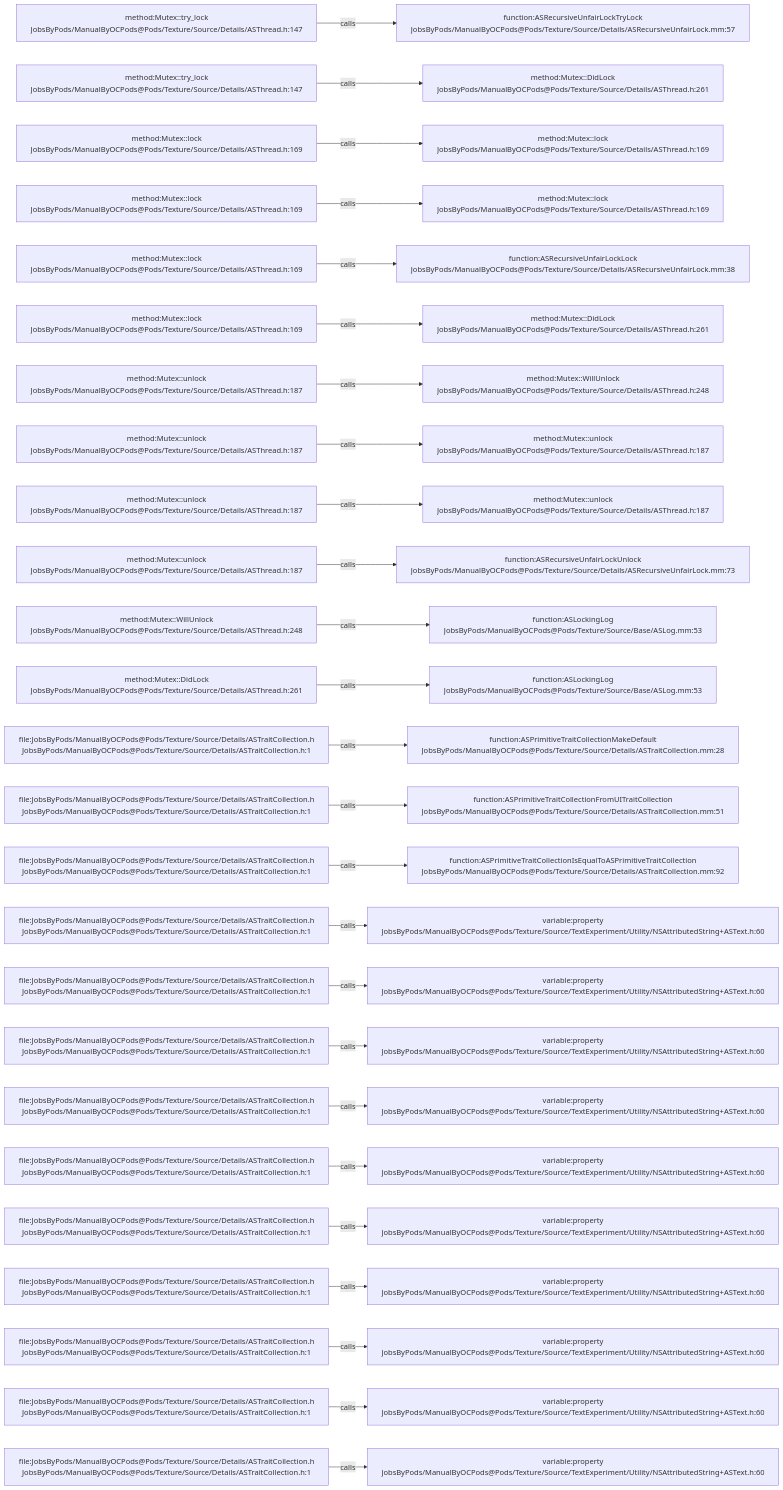
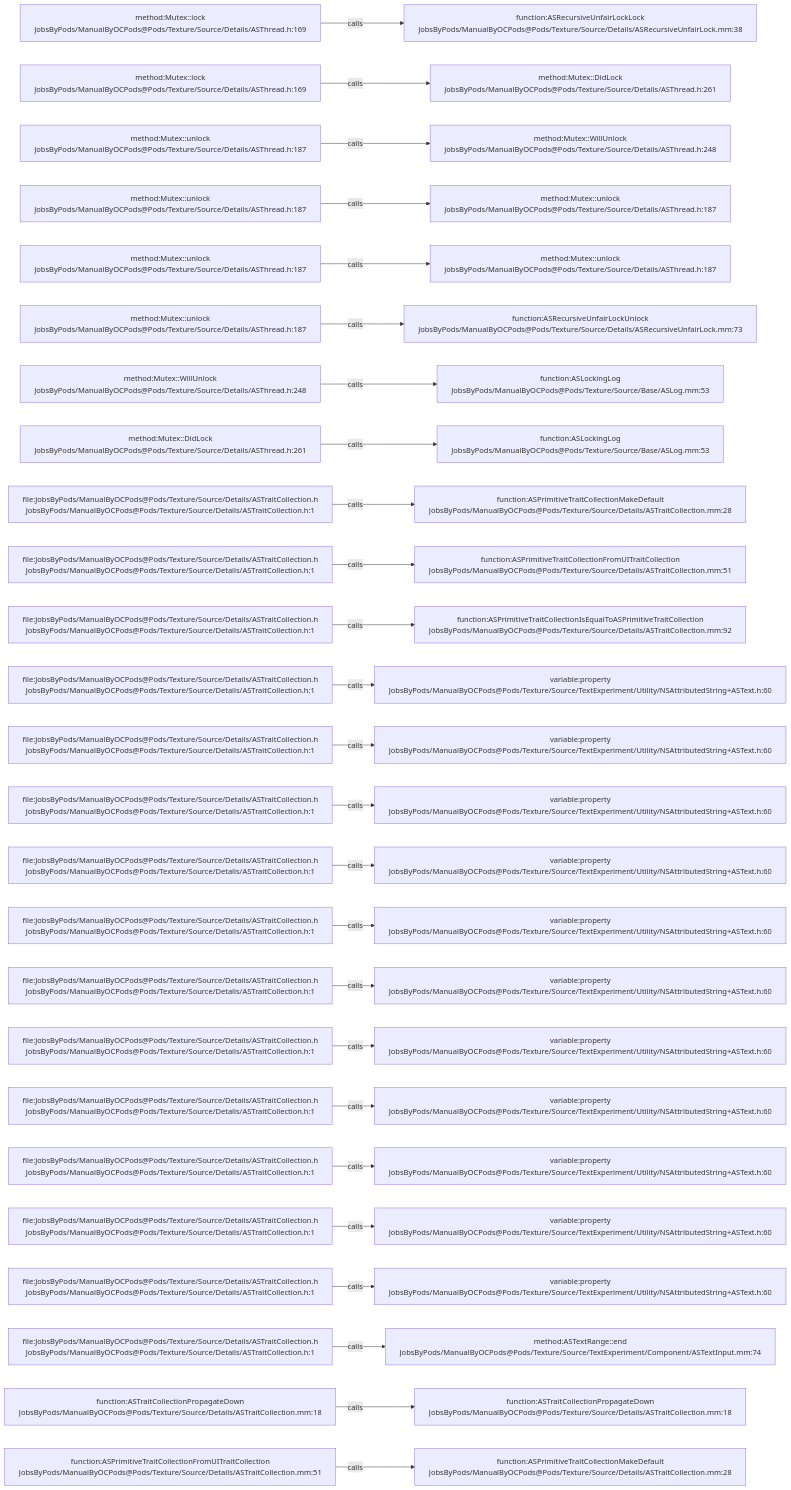
Before and after one commit to JobsKits/JobsOCBaseConfigDemo: the diagram in .codegraph/codegraph.md/graphs/calls-164.md, drawn with Mermaid. The commit also changed 727 other files, not shown here.

````diff
--- a/.codegraph/codegraph.md/graphs/calls-164.md
+++ b/.codegraph/codegraph.md/graphs/calls-164.md
@@ -13,78 +13,78 @@
 ```mermaid
 flowchart LR
-  S1["method:Mutex::try_lock<br/>JobsByPods/ManualByOCPods@Pods/Texture/Source/Details/ASThread.h:147"]
-  T1["function:ASRecursiveUnfairLockTryLock<br/>JobsByPods/ManualByOCPods@Pods/Texture/Source/Details/ASRecursiveUnfairLock.mm:57"]
+  S1["method:Mutex::lock<br/>JobsByPods/ManualByOCPods@Pods/Texture/Source/Details/ASThread.h:169"]
+  T1["function:ASRecursiveUnfairLockLock<br/>JobsByPods/ManualByOCPods@Pods/Texture/Source/Details/ASRecursiveUnfairLock.mm:38"]
   S1 -->|calls| T1
-  S2["method:Mutex::try_lock<br/>JobsByPods/ManualByOCPods@Pods/Texture/Source/Details/ASThread.h:147"]
+  S2["method:Mutex::lock<br/>JobsByPods/ManualByOCPods@Pods/Texture/Source/Details/ASThread.h:169"]
   T2["method:Mutex::DidLock<br/>JobsByPods/ManualByOCPods@Pods/Texture/Source/Details/ASThread.h:261"]
   S2 -->|calls| T2
-  S3["method:Mutex::lock<br/>JobsByPods/ManualByOCPods@Pods/Texture/Source/Details/ASThread.h:169"]
-  T3["method:Mutex::lock<br/>JobsByPods/ManualByOCPods@Pods/Texture/Source/Details/ASThread.h:169"]
+  S3["method:Mutex::unlock<br/>JobsByPods/ManualByOCPods@Pods/Texture/Source/Details/ASThread.h:187"]
+  T3["method:Mutex::WillUnlock<br/>JobsByPods/ManualByOCPods@Pods/Texture/Source/Details/ASThread.h:248"]
   S3 -->|calls| T3
-  S4["method:Mutex::lock<br/>JobsByPods/ManualByOCPods@Pods/Texture/Source/Details/ASThread.h:169"]
-  T4["method:Mutex::lock<br/>JobsByPods/ManualByOCPods@Pods/Texture/Source/Details/ASThread.h:169"]
+  S4["method:Mutex::unlock<br/>JobsByPods/ManualByOCPods@Pods/Texture/Source/Details/ASThread.h:187"]
+  T4["method:Mutex::unlock<br/>JobsByPods/ManualByOCPods@Pods/Texture/Source/Details/ASThread.h:187"]
   S4 -->|calls| T4
-  S5["method:Mutex::lock<br/>JobsByPods/ManualByOCPods@Pods/Texture/Source/Details/ASThread.h:169"]
-  T5["function:ASRecursiveUnfairLockLock<br/>JobsByPods/ManualByOCPods@Pods/Texture/Source/Details/ASRecursiveUnfairLock.mm:38"]
+  S5["method:Mutex::unlock<br/>JobsByPods/ManualByOCPods@Pods/Texture/Source/Details/ASThread.h:187"]
+  T5["method:Mutex::unlock<br/>JobsByPods/ManualByOCPods@Pods/Texture/Source/Details/ASThread.h:187"]
   S5 -->|calls| T5
-  S6["method:Mutex::lock<br/>JobsByPods/ManualByOCPods@Pods/Texture/Source/Details/ASThread.h:169"]
-  T6["method:Mutex::DidLock<br/>JobsByPods/ManualByOCPods@Pods/Texture/Source/Details/ASThread.h:261"]
+  S6["method:Mutex::unlock<br/>JobsByPods/ManualByOCPods@Pods/Texture/Source/Details/ASThread.h:187"]
+  T6["function:ASRecursiveUnfairLockUnlock<br/>JobsByPods/ManualByOCPods@Pods/Texture/Source/Details/ASRecursiveUnfairLock.mm:73"]
   S6 -->|calls| T6
-  S7["method:Mutex::unlock<br/>JobsByPods/ManualByOCPods@Pods/Texture/Source/Details/ASThread.h:187"]
-  T7["method:Mutex::WillUnlock<br/>JobsByPods/ManualByOCPods@Pods/Texture/Source/Details/ASThread.h:248"]
+  S7["method:Mutex::WillUnlock<br/>JobsByPods/ManualByOCPods@Pods/Texture/Source/Details/ASThread.h:248"]
+  T7["function:ASLockingLog<br/>JobsByPods/ManualByOCPods@Pods/Texture/Source/Base/ASLog.mm:53"]
   S7 -->|calls| T7
-  S8["method:Mutex::unlock<br/>JobsByPods/ManualByOCPods@Pods/Texture/Source/Details/ASThread.h:187"]
-  T8["method:Mutex::unlock<br/>JobsByPods/ManualByOCPods@Pods/Texture/Source/Details/ASThread.h:187"]
+  S8["method:Mutex::DidLock<br/>JobsByPods/ManualByOCPods@Pods/Texture/Source/Details/ASThread.h:261"]
+  T8["function:ASLockingLog<br/>JobsByPods/ManualByOCPods@Pods/Texture/Source/Base/ASLog.mm:53"]
   S8 -->|calls| T8
-  S9["method:Mutex::unlock<br/>JobsByPods/ManualByOCPods@Pods/Texture/Source/Details/ASThread.h:187"]
-  T9["method:Mutex::unlock<br/>JobsByPods/ManualByOCPods@Pods/Texture/Source/Details/ASThread.h:187"]
+  S9["file:JobsByPods/ManualByOCPods@Pods/Texture/Source/Details/ASTraitCollection.h<br/>JobsByPods/ManualByOCPods@Pods/Texture/Source/Details/ASTraitCollection.h:1"]
+  T9["function:ASPrimitiveTraitCollectionMakeDefault<br/>JobsByPods/ManualByOCPods@Pods/Texture/Source/Details/ASTraitCollection.mm:28"]
   S9 -->|calls| T9
-  S10["method:Mutex::unlock<br/>JobsByPods/ManualByOCPods@Pods/Texture/Source/Details/ASThread.h:187"]
-  T10["function:ASRecursiveUnfairLockUnlock<br/>JobsByPods/ManualByOCPods@Pods/Texture/Source/Details/ASRecursiveUnfairLock.mm:73"]
+  S10["file:JobsByPods/ManualByOCPods@Pods/Texture/Source/Details/ASTraitCollection.h<br/>JobsByPods/ManualByOCPods@Pods/Texture/Source/Details/ASTraitCollection.h:1"]
+  T10["function:ASPrimitiveTraitCollectionFromUITraitCollection<br/>JobsByPods/ManualByOCPods@Pods/Texture/Source/Details/ASTraitCollection.mm:51"]
   S10 -->|calls| T10
-  S11["method:Mutex::WillUnlock<br/>JobsByPods/ManualByOCPods@Pods/Texture/Source/Details/ASThread.h:248"]
-  T11["function:ASLockingLog<br/>JobsByPods/ManualByOCPods@Pods/Texture/Source/Base/ASLog.mm:53"]
+  S11["file:JobsByPods/ManualByOCPods@Pods/Texture/Source/Details/ASTraitCollection.h<br/>JobsByPods/ManualByOCPods@Pods/Texture/Source/Details/ASTraitCollection.h:1"]
+  T11["function:ASPrimitiveTraitCollectionIsEqualToASPrimitiveTraitCollection<br/>JobsByPods/ManualByOCPods@Pods/Texture/Source/Details/ASTraitCollection.mm:92"]
   S11 -->|calls| T11
-  S12["method:Mutex::DidLock<br/>JobsByPods/ManualByOCPods@Pods/Texture/Source/Details/ASThread.h:261"]
-  T12["function:ASLockingLog<br/>JobsByPods/ManualByOCPods@Pods/Texture/Source/Base/ASLog.mm:53"]
+  S12["file:JobsByPods/ManualByOCPods@Pods/Texture/Source/Details/ASTraitCollection.h<br/>JobsByPods/ManualByOCPods@Pods/Texture/Source/Details/ASTraitCollection.h:1"]
+  T12["variable:property<br/>JobsByPods/ManualByOCPods@Pods/Texture/Source/TextExperiment/Utility/NSAttributedString+ASText.h:60"]
   S12 -->|calls| T12
   S13["file:JobsByPods/ManualByOCPods@Pods/Texture/Source/Details/ASTraitCollection.h<br/>JobsByPods/ManualByOCPods@Pods/Texture/Source/Details/ASTraitCollection.h:1"]
-  T13["function:ASPrimitiveTraitCollectionMakeDefault<br/>JobsByPods/ManualByOCPods@Pods/Texture/Source/Details/ASTraitCollection.mm:28"]
+  T13["variable:property<br/>JobsByPods/ManualByOCPods@Pods/Texture/Source/TextExperiment/Utility/NSAttributedString+ASText.h:60"]
   S13 -->|calls| T13
   S14["file:JobsByPods/ManualByOCPods@Pods/Texture/Source/Details/ASTraitCollection.h<br/>JobsByPods/ManualByOCPods@Pods/Texture/Source/Details/ASTraitCollection.h:1"]
-  T14["function:ASPrimitiveTraitCollectionFromUITraitCollection<br/>JobsByPods/ManualByOCPods@Pods/Texture/Source/Details/ASTraitCollection.mm:51"]
+  T14["variable:property<br/>JobsByPods/ManualByOCPods@Pods/Texture/Source/TextExperiment/Utility/NSAttributedString+ASText.h:60"]
   S14 -->|calls| T14
   S15["file:JobsByPods/ManualByOCPods@Pods/Texture/Source/Details/ASTraitCollection.h<br/>JobsByPods/ManualByOCPods@Pods/Texture/Source/Details/ASTraitCollection.h:1"]
-  T15["function:ASPrimitiveTraitCollectionIsEqualToASPrimitiveTraitCollection<br/>JobsByPods/ManualByOCPods@Pods/Texture/Source/Details/ASTraitCollection.mm:92"]
+  T15["variable:property<br/>JobsByPods/ManualByOCPods@Pods/Texture/Source/TextExperiment/Utility/NSAttributedString+ASText.h:60"]
   S15 -->|calls| T15
   S16["file:JobsByPods/ManualByOCPods@Pods/Texture/Source/Details/ASTraitCollection.h<br/>JobsByPods/ManualByOCPods@Pods/Texture/Source/Details/ASTraitCollection.h:1"]
   T16["variable:property<br/>JobsByPods/ManualByOCPods@Pods/Texture/Source/TextExperiment/Utility/NSAttributedString+ASText.h:60"]
   S16 -->|calls| T16
   S17["file:JobsByPods/ManualByOCPods@Pods/Texture/Source/Details/ASTraitCollection.h<br/>JobsByPods/ManualByOCPods@Pods/Texture/Source/Details/ASTraitCollection.h:1"]
   T17["variable:property<br/>JobsByPods/ManualByOCPods@Pods/Texture/Source/TextExperiment/Utility/NSAttributedString+ASText.h:60"]
   S17 -->|calls| T17
   S18["file:JobsByPods/ManualByOCPods@Pods/Texture/Source/Details/ASTraitCollection.h<br/>JobsByPods/ManualByOCPods@Pods/Texture/Source/Details/ASTraitCollection.h:1"]
   T18["variable:property<br/>JobsByPods/ManualByOCPods@Pods/Texture/Source/TextExperiment/Utility/NSAttributedString+ASText.h:60"]
   S18 -->|calls| T18
   S19["file:JobsByPods/ManualByOCPods@Pods/Texture/Source/Details/ASTraitCollection.h<br/>JobsByPods/ManualByOCPods@Pods/Texture/Source/Details/ASTraitCollection.h:1"]
   T19["variable:property<br/>JobsByPods/ManualByOCPods@Pods/Texture/Source/TextExperiment/Utility/NSAttributedString+ASText.h:60"]
   S19 -->|calls| T19
   S20["file:JobsByPods/ManualByOCPods@Pods/Texture/Source/Details/ASTraitCollection.h<br/>JobsByPods/ManualByOCPods@Pods/Texture/Source/Details/ASTraitCollection.h:1"]
   T20["variable:property<br/>JobsByPods/ManualByOCPods@Pods/Texture/Source/TextExperiment/Utility/NSAttributedString+ASText.h:60"]
   S20 -->|calls| T20
   S21["file:JobsByPods/ManualByOCPods@Pods/Texture/Source/Details/ASTraitCollection.h<br/>JobsByPods/ManualByOCPods@Pods/Texture/Source/Details/ASTraitCollection.h:1"]
   T21["variable:property<br/>JobsByPods/ManualByOCPods@Pods/Texture/Source/TextExperiment/Utility/NSAttributedString+ASText.h:60"]
   S21 -->|calls| T21
   S22["file:JobsByPods/ManualByOCPods@Pods/Texture/Source/Details/ASTraitCollection.h<br/>JobsByPods/ManualByOCPods@Pods/Texture/Source/Details/ASTraitCollection.h:1"]
   T22["variable:property<br/>JobsByPods/ManualByOCPods@Pods/Texture/Source/TextExperiment/Utility/NSAttributedString+ASText.h:60"]
   S22 -->|calls| T22
   S23["file:JobsByPods/ManualByOCPods@Pods/Texture/Source/Details/ASTraitCollection.h<br/>JobsByPods/ManualByOCPods@Pods/Texture/Source/Details/ASTraitCollection.h:1"]
-  T23["variable:property<br/>JobsByPods/ManualByOCPods@Pods/Texture/Source/TextExperiment/Utility/NSAttributedString+ASText.h:60"]
+  T23["method:ASTextRange::end<br/>JobsByPods/ManualByOCPods@Pods/Texture/Source/TextExperiment/Component/ASTextInput.mm:74"]
   S23 -->|calls| T23
-  S24["file:JobsByPods/ManualByOCPods@Pods/Texture/Source/Details/ASTraitCollection.h<br/>JobsByPods/ManualByOCPods@Pods/Texture/Source/Details/ASTraitCollection.h:1"]
-  T24["variable:property<br/>JobsByPods/ManualByOCPods@Pods/Texture/Source/TextExperiment/Utility/NSAttributedString+ASText.h:60"]
+  S24["function:ASTraitCollectionPropagateDown<br/>JobsByPods/ManualByOCPods@Pods/Texture/Source/Details/ASTraitCollection.mm:18"]
+  T24["function:ASTraitCollectionPropagateDown<br/>JobsByPods/ManualByOCPods@Pods/Texture/Source/Details/ASTraitCollection.mm:18"]
   S24 -->|calls| T24
-  S25["file:JobsByPods/ManualByOCPods@Pods/Texture/Source/Details/ASTraitCollection.h<br/>JobsByPods/ManualByOCPods@Pods/Texture/Source/Details/ASTraitCollection.h:1"]
-  T25["variable:property<br/>JobsByPods/ManualByOCPods@Pods/Texture/Source/TextExperiment/Utility/NSAttributedString+ASText.h:60"]
+  S25["function:ASPrimitiveTraitCollectionFromUITraitCollection<br/>JobsByPods/ManualByOCPods@Pods/Texture/Source/Details/ASTraitCollection.mm:51"]
+  T25["function:ASPrimitiveTraitCollectionMakeDefault<br/>JobsByPods/ManualByOCPods@Pods/Texture/Source/Details/ASTraitCollection.mm:28"]
   S25 -->|calls| T25
 ```
````
